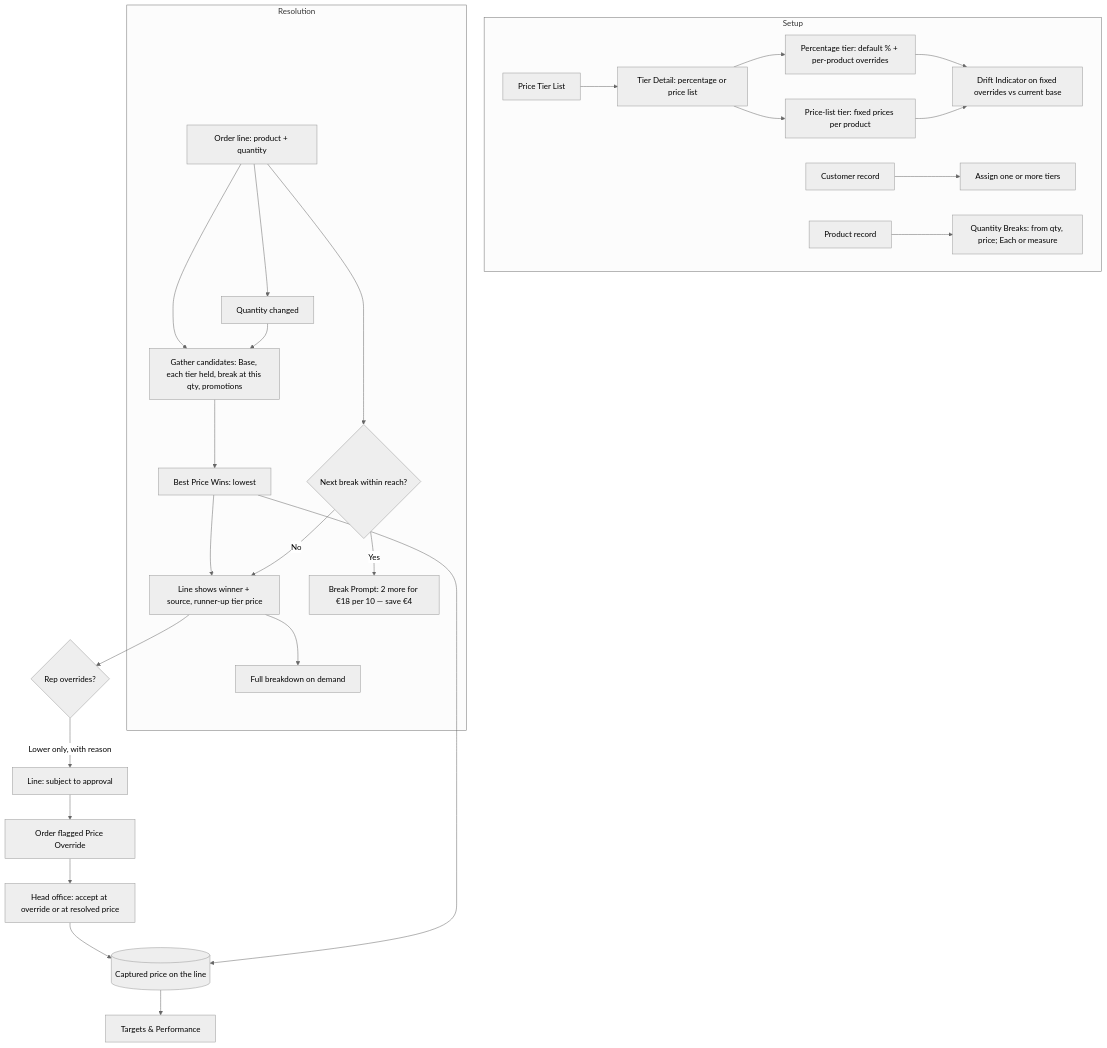
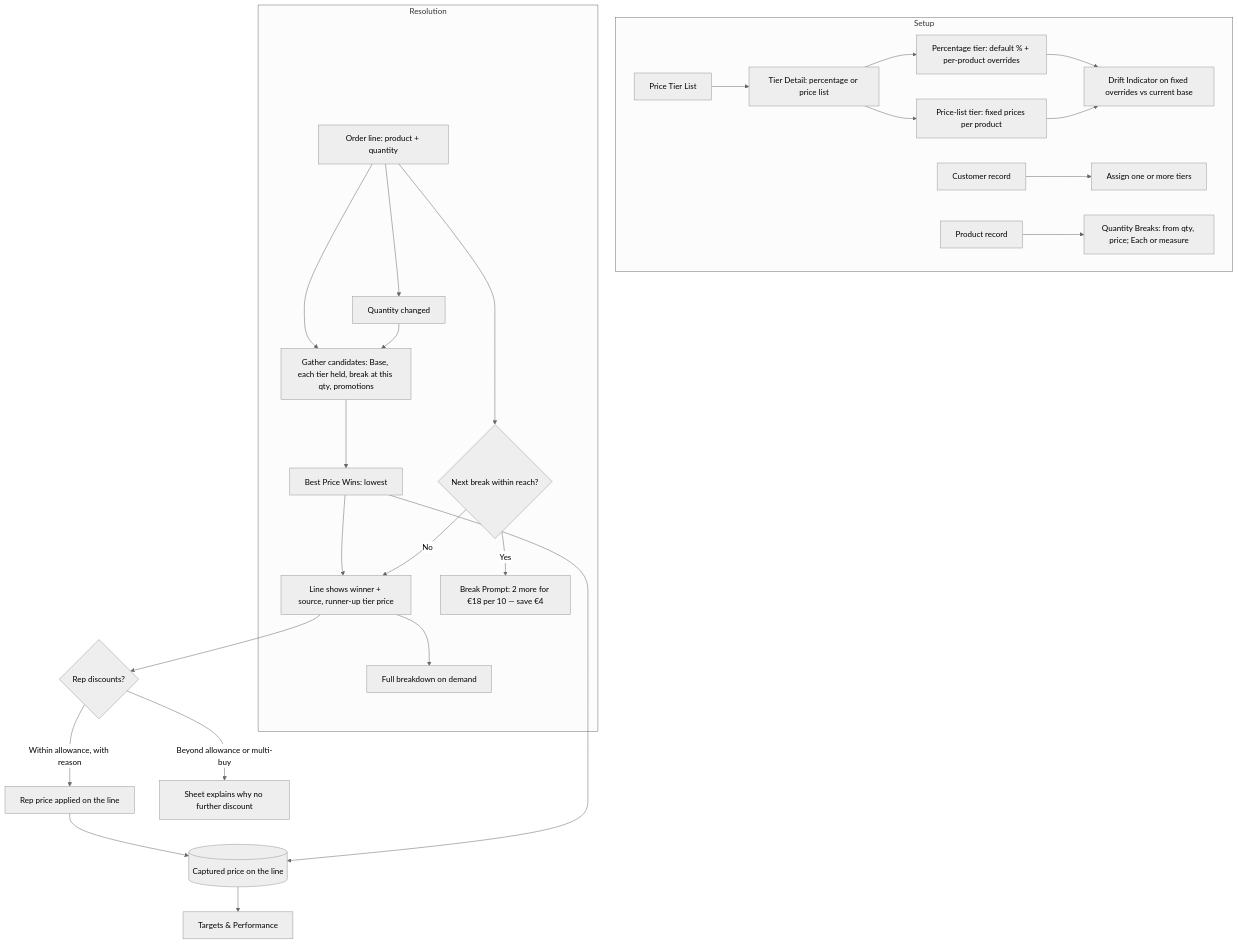
One commit to ColmKenna/field_sales_stories changed the diagram in plan_docs/stories/pricing.md. Above: the diagram before and after it, drawn with Mermaid (neutral theme). The commit also changed other lines of this file and 15 other files, not shown here.

````diff
--- a/plan_docs/stories/pricing.md
+++ b/plan_docs/stories/pricing.md
@@ -95,30 +96,30 @@
 ```mermaid
 flowchart TD
     subgraph Setup
         TL[Price Tier List] --> TD[Tier Detail: percentage or price list]
         TD --> Pct[Percentage tier: default % + per-product overrides]
         TD --> PL[Price-list tier: fixed prices per product]
         Pct --> Drift[Drift Indicator on fixed overrides vs current base]
         PL --> Drift
         Cust[Customer record] --> Assign[Assign one or more tiers]
         Prod[Product record] --> Breaks[Quantity Breaks: from qty, price; Each or measure]
     end
 
     subgraph Resolution
         Line[Order line: product + quantity] --> Cand[Gather candidates: Base, each tier held, break at this qty, promotions]
         Cand --> Best[Best Price Wins: lowest]
         Best --> Show[Line shows winner + source, runner-up tier price]
         Show --> Detail[Full breakdown on demand]
         Line --> Prompt{Next break within reach?}
         Prompt -->|Yes| BP[Break Prompt: 2 more for €18 per 10 — save €4]
         Prompt -->|No| Show
         Line --> Qty[Quantity changed] --> Cand
     end
 
-    Show --> Ovr{Rep overrides?}
-    Ovr -->|Lower only, with reason| Marked[Line: subject to approval] --> Flag[Order flagged Price Override]
-    Flag --> HO[Head office: accept at override or at resolved price]
-    HO --> Captured[(Captured price on the line)]
+    Show --> Ovr{Rep discounts?}
+    Ovr -->|Within allowance, with reason| Applied[Rep price applied on the line]
+    Ovr -->|Beyond allowance or multi-buy| Blocked[Sheet explains why no further discount]
+    Applied --> Captured[(Captured price on the line)]
     Best --> Captured
     Captured --> Actuals[Targets & Performance]
 ```
````
